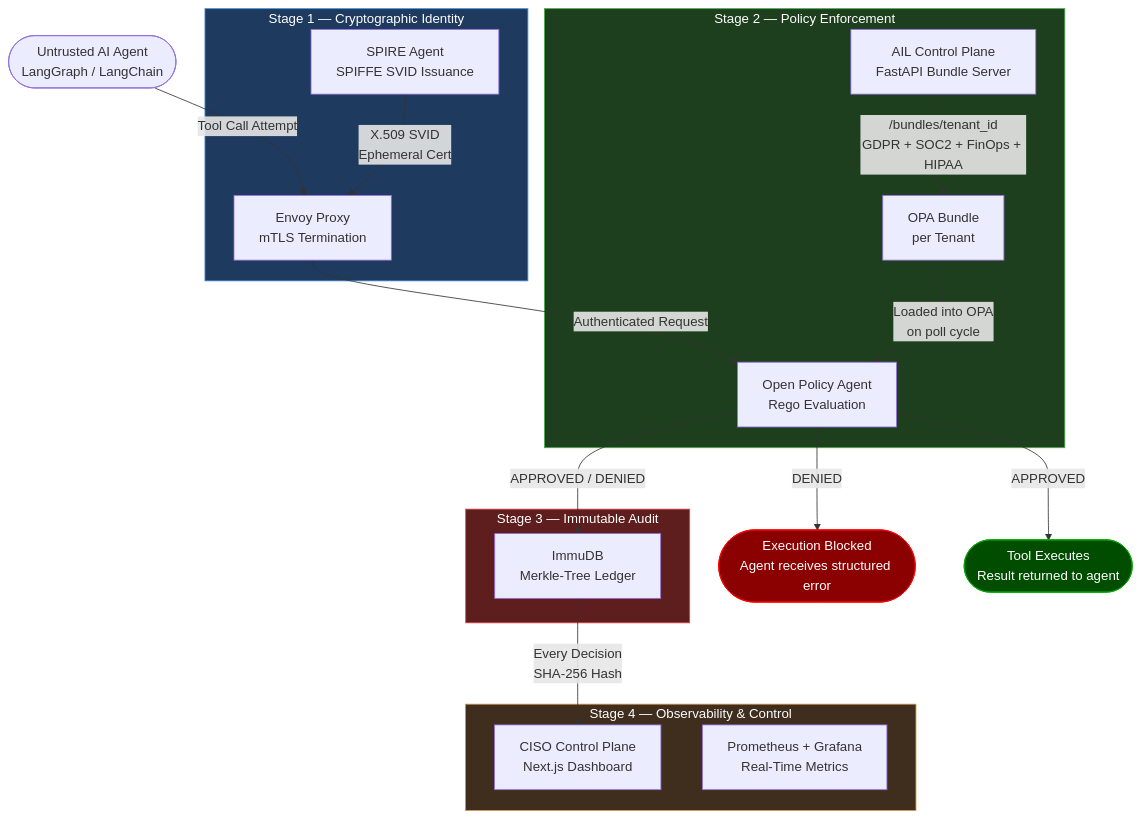
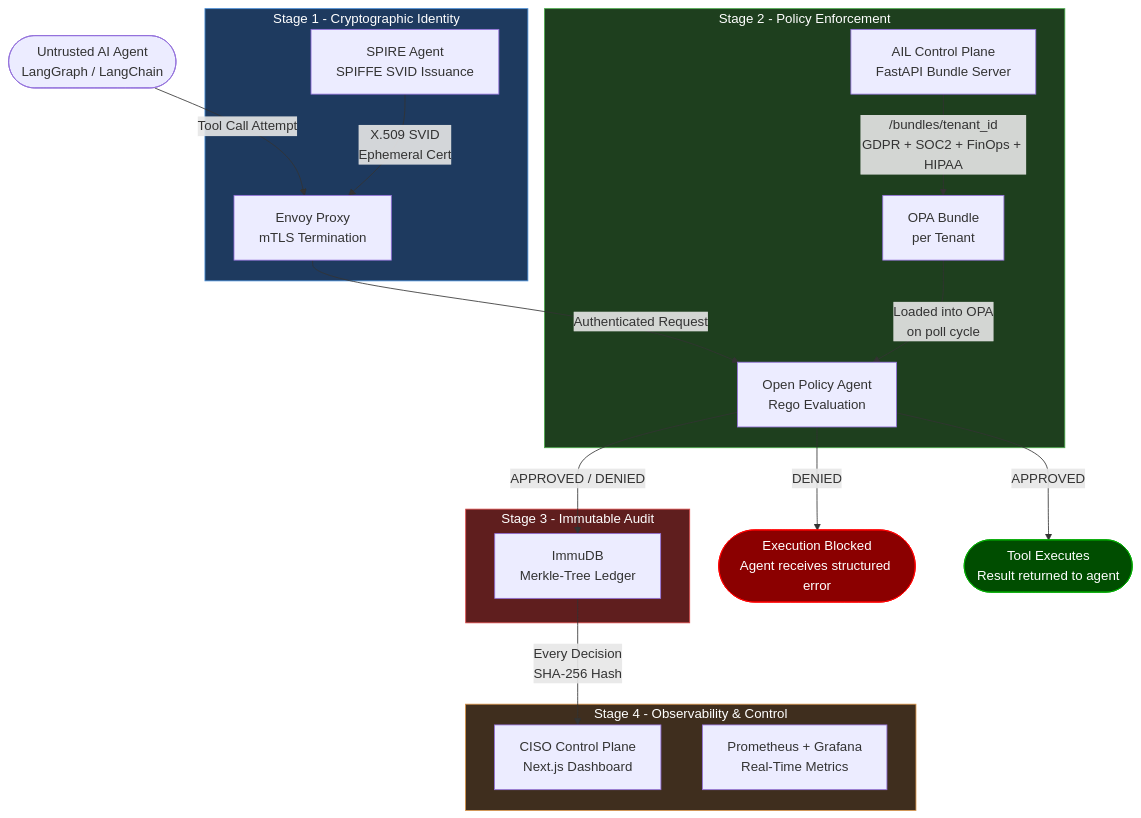
Before and after one commit to banji-007/compliance-ail: the diagram in readME.md, drawn with Mermaid. The commit also changed other lines of this file, not shown here.

````diff
--- a/readME.md
+++ b/readME.md
@@ -47,43 +47,43 @@
 ```mermaid
 flowchart TD
     A([Untrusted AI Agent\nLangGraph / LangChain]) -->|Tool Call Attempt| B
 
-    subgraph IDENTITY ["Stage 1 — Cryptographic Identity"]
+    subgraph IDENTITY ["Stage 1 - Cryptographic Identity"]
         B[Envoy Proxy\nmTLS Termination]
         B1[SPIRE Agent\nSPIFFE SVID Issuance]
         B1 -->|X.509 SVID\nEphemeral Cert| B
     end
 
     B -->|Authenticated Request| C
 
-    subgraph POLICY ["Stage 2 — Policy Enforcement"]
+    subgraph POLICY ["Stage 2 - Policy Enforcement"]
         C[Open Policy Agent\nRego Evaluation]
         C1[AIL Control Plane\nFastAPI Bundle Server]
         C2[OPA Bundle\nper Tenant]
         C1 -->|/bundles/tenant_id\nGDPR + SOC2 + FinOps + HIPAA| C2
         C2 -->|Loaded into OPA\non poll cycle| C
     end
 
     C -->|APPROVED / DENIED| D
 
-    subgraph LEDGER ["Stage 3 — Immutable Audit"]
+    subgraph LEDGER ["Stage 3 - Immutable Audit"]
         D[ImmuDB\nMerkle-Tree Ledger]
     end
 
     D -->|Every Decision\nSHA-256 Hash| E
 
-    subgraph OBSERVE ["Stage 4 — Observability & Control"]
+    subgraph OBSERVE ["Stage 4 - Observability & Control"]
         E[CISO Control Plane\nNext.js Dashboard]
         F[Prometheus + Grafana\nReal-Time Metrics]
     end
 
     C -->|DENIED| G([Execution Blocked\nAgent receives structured error])
     C -->|APPROVED| H([Tool Executes\nResult returned to agent])
 
     style IDENTITY fill:#1e3a5f,color:#fff,stroke:#4a90d9
     style POLICY fill:#1e3f1e,color:#fff,stroke:#4aaa4a
     style LEDGER fill:#5f1e1e,color:#fff,stroke:#d94a4a
     style OBSERVE fill:#3f2e1e,color:#fff,stroke:#d9944a
     style G fill:#8b0000,color:#fff,stroke:#ff0000
     style H fill:#004d00,color:#fff,stroke:#00aa00
 ```
````
